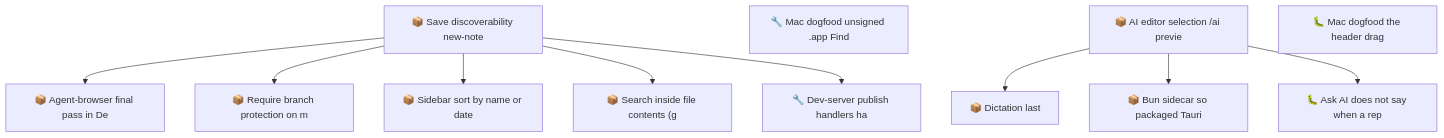
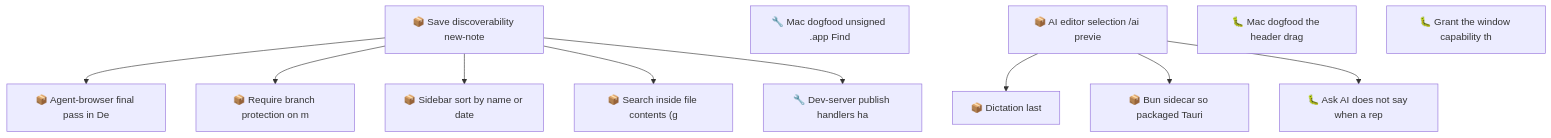
The second of 2 diagrams in docs/roadmap.md (SpillwaveSolutions/motion), drawn with Mermaid before and after one commit. The commit also changed other lines of this file and 10 other files, not shown here.

First line of the commit message:
fix(window): grant the capability the header drag has always needed (#59)

````diff
--- a/docs/roadmap.md
+++ b/docs/roadmap.md
@@ -127,23 +130,24 @@
 ```mermaid
 graph TD
     01KYQYYN3SBWDT25TC6H3G4EAA["📦 Save discoverability new-note"]
     01KYQYYN3T2SSGG33ESEWPXKH8["📦 Agent-browser final pass in De"]
     01KYQYYN3T731B57N8NXQ8C0FQ["📦 Require branch protection on m"]
     01KYQYYN3TA69K8848E483HC82["📦 Sidebar sort by name or date"]
     01KYQYYN3TKW93D9SVW07VKFZY["📦 Search inside file contents (g"]
     01M18Q560MPAYQJTA0W6F4DAW3["🔧 Mac dogfood unsigned .app Find"]
     01M18R79ZM90HJ0MBG3CX6VW7E["📦 Dictation last"]
     01M18R79ZMN53CMV76JFHKVEFN["📦 AI editor selection /ai previe"]
     01M19Z6Z3XQZ03EYNXKKBG5WK7["📦 Bun sidecar so packaged Tauri"]
     01M1ABZH14RJDDJ7M7HT3TZKYW["🐛 Ask AI does not say when a rep"]
     01M1ABZH2F573CM32N93NDMAGB["🔧 Dev-server publish handlers ha"]
     01M1MVB300KXXJPZ2XACH7A64K["🐛 Mac dogfood the header drag"]
+    01M1QN6CE0P31CYJZFG7K9D3K7["🐛 Grant the window capability th"]
     01KYQYYN3SBWDT25TC6H3G4EAA --> 01KYQYYN3T2SSGG33ESEWPXKH8
     01KYQYYN3SBWDT25TC6H3G4EAA --> 01KYQYYN3T731B57N8NXQ8C0FQ
     01KYQYYN3SBWDT25TC6H3G4EAA --> 01KYQYYN3TA69K8848E483HC82
     01KYQYYN3SBWDT25TC6H3G4EAA --> 01KYQYYN3TKW93D9SVW07VKFZY
     01M18R79ZMN53CMV76JFHKVEFN --> 01M18R79ZM90HJ0MBG3CX6VW7E
     01M18R79ZMN53CMV76JFHKVEFN --> 01M19Z6Z3XQZ03EYNXKKBG5WK7
     01M18R79ZMN53CMV76JFHKVEFN --> 01M1ABZH14RJDDJ7M7HT3TZKYW
     01KYQYYN3SBWDT25TC6H3G4EAA --> 01M1ABZH2F573CM32N93NDMAGB
 ```
````
